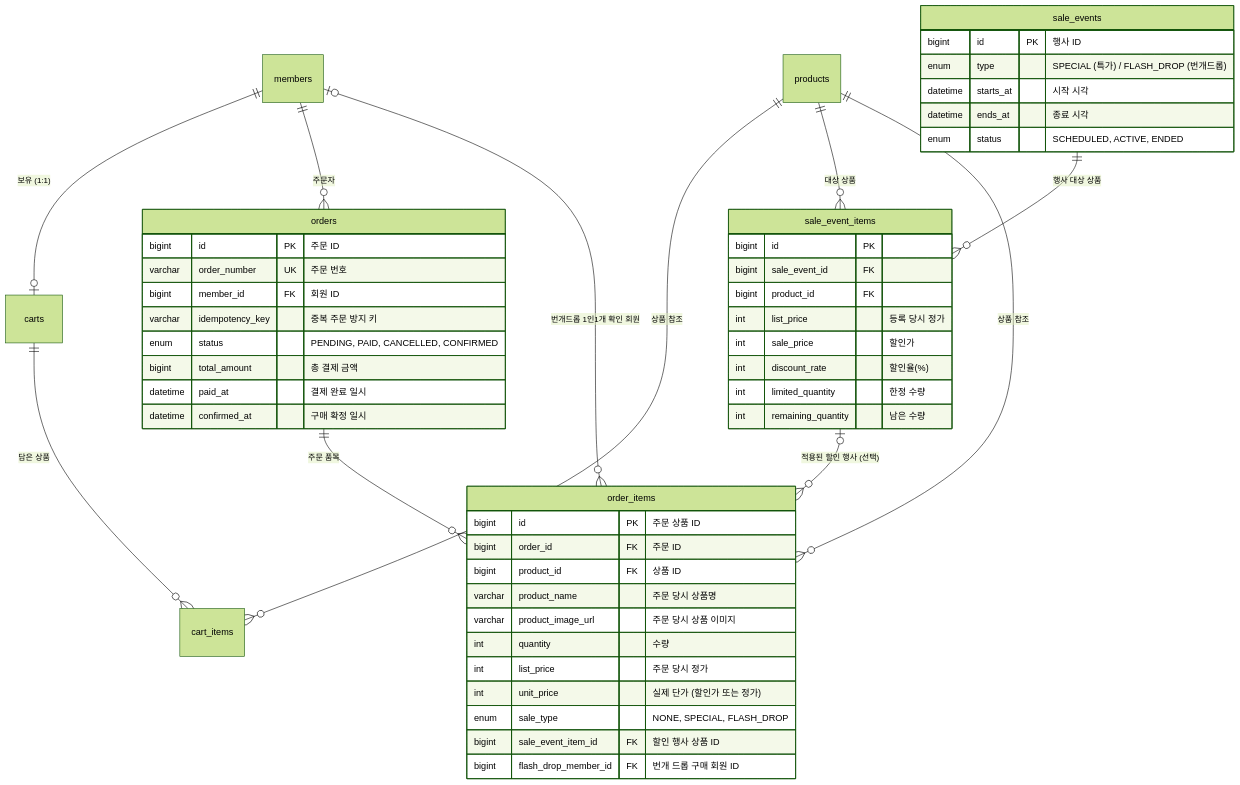
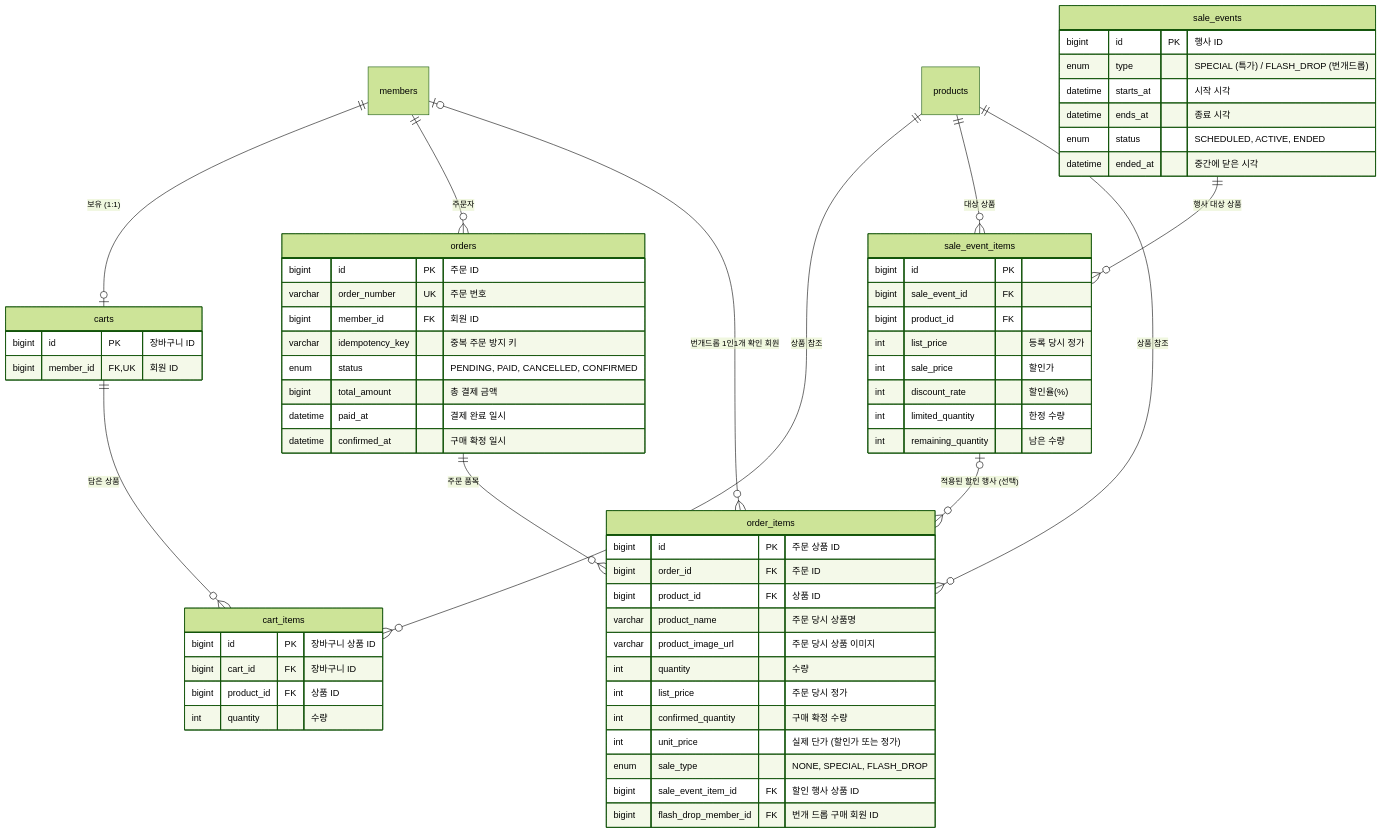
One commit to sparta-final-4/take-care-of-my-fridge changed the sixth of 11 diagrams in docs/database/erd.md. Above: the diagram before and after it, drawn with Mermaid (forest theme). The commit also changed other lines of this file and 2 other files, not shown here.

````diff
--- a/docs/database/erd.md
+++ b/docs/database/erd.md
@@ -249,59 +261,73 @@
 ```mermaid
 erDiagram
     members ||--o| carts : "보유 (1:1)"
     carts ||--o{ cart_items : "담은 상품"
     products ||--o{ cart_items : "상품 참조"
 
     sale_events ||--o{ sale_event_items : "행사 대상 상품"
     products ||--o{ sale_event_items : "대상 상품"
 
     members ||--o{ orders : "주문자"
     orders ||--o{ order_items : "주문 품목"
     products ||--o{ order_items : "상품 참조"
     sale_event_items |o--o{ order_items : "적용된 할인 행사 (선택)"
     members |o--o{ order_items : "번개드롭 1인1개 확인 회원"
 
     sale_events {
         bigint id PK "행사 ID"
         enum type "SPECIAL (특가) / FLASH_DROP (번개드롭)"
         datetime starts_at "시작 시각"
         datetime ends_at "종료 시각"
         enum status "SCHEDULED, ACTIVE, ENDED"
+        datetime ended_at "중간에 닫은 시각"
     }
 
     sale_event_items {
         bigint id PK
         bigint sale_event_id FK
         bigint product_id FK
         int list_price "등록 당시 정가"
         int sale_price "할인가"
         int discount_rate "할인율(%)"
         int limited_quantity "한정 수량"
         int remaining_quantity "남은 수량"
     }
 
     orders {
         bigint id PK "주문 ID"
         varchar order_number UK "주문 번호"
         bigint member_id FK "회원 ID"
         varchar idempotency_key "중복 주문 방지 키"
         enum status "PENDING, PAID, CANCELLED, CONFIRMED"
         bigint total_amount "총 결제 금액"
         datetime paid_at "결제 완료 일시"
         datetime confirmed_at "구매 확정 일시"
     }
 
     order_items {
         bigint id PK "주문 상품 ID"
         bigint order_id FK "주문 ID"
         bigint product_id FK "상품 ID"
         varchar product_name "주문 당시 상품명"
         varchar product_image_url "주문 당시 상품 이미지"
         int quantity "수량"
         int list_price "주문 당시 정가"
+        int confirmed_quantity "구매 확정 수량"
         int unit_price "실제 단가 (할인가 또는 정가)"
         enum sale_type "NONE, SPECIAL, FLASH_DROP"
         bigint sale_event_item_id FK "할인 행사 상품 ID"
         bigint flash_drop_member_id FK "번개 드롭 구매 회원 ID"
     }
+
+    carts {
+        bigint id PK "장바구니 ID"
+        bigint member_id FK, UK "회원 ID"
+    }
+
+    cart_items {
+        bigint id PK "장바구니 상품 ID"
+        bigint cart_id FK "장바구니 ID"
+        bigint product_id FK "상품 ID"
+        int quantity "수량"
+    }
 ```
````
